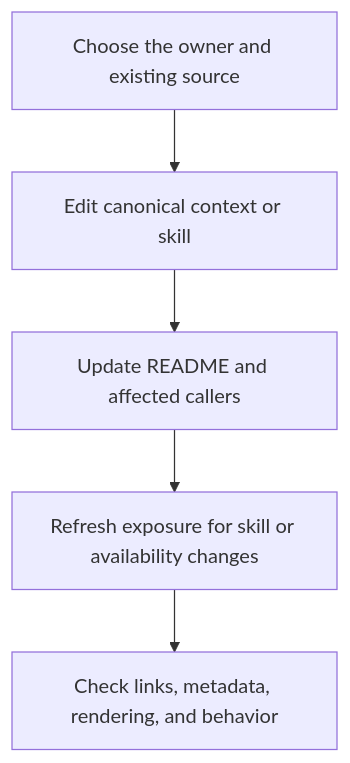
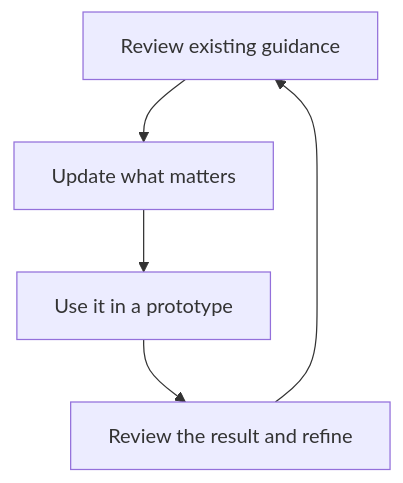
One commit to itspatmorgan/design-studio-starter changed the diagram in src/modules/documentation/pages/agent-maintenance.md. Above: the diagram before and after it, drawn with Mermaid. The commit also changed other lines of this file and 6 other files, not shown here.

````diff
--- a/src/modules/documentation/pages/agent-maintenance.md
+++ b/src/modules/documentation/pages/agent-maintenance.md
@@ -11,9 +30,9 @@
 ```mermaid
 flowchart TD
-  accTitle: Maintain canonical guidance and refresh its consumers
-  accDescr: Choose the owner, edit the canonical source, update its README and callers, refresh exposure for skill or availability changes, and verify the result. Consumers do not become new authoring locations.
-  choose[Choose the owner and existing source] --> edit[Edit canonical context or skill]
-  edit --> index[Update README and affected callers]
-  index --> refresh[Refresh exposure for skill or availability changes]
-  refresh --> verify[Check links, metadata, rendering, and behavior]
+  accTitle: Keep shared guidance useful
+  accDescr: Review what the team already knows, update the relevant context or skill, then use it in a prototype and refine it based on the result.
+  review[Review existing guidance] --> update[Update what matters]
+  update --> use[Use it in a prototype]
+  use --> learn[Review the result and refine]
+  learn --> review
 ```
````
